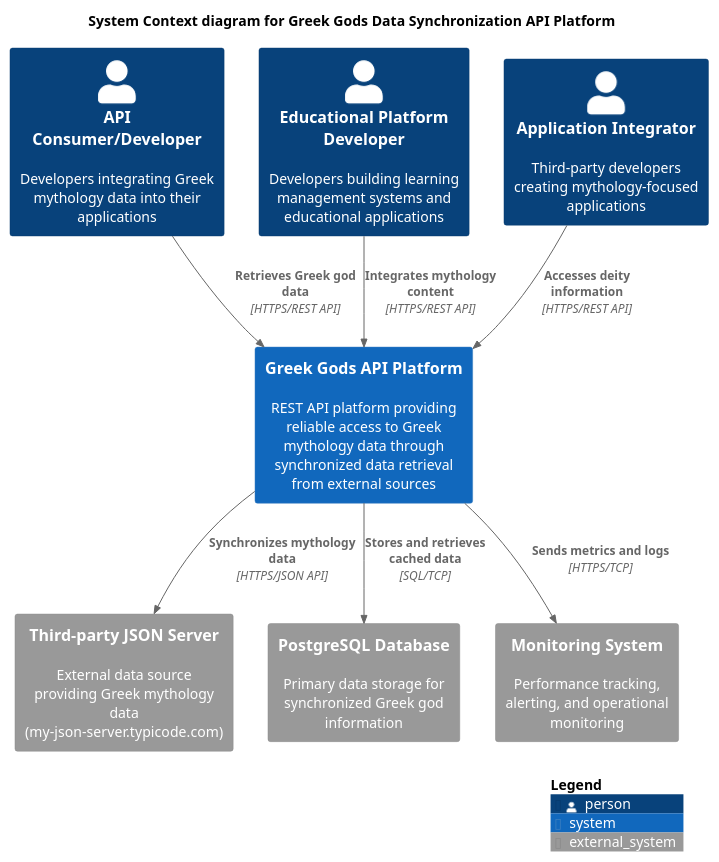
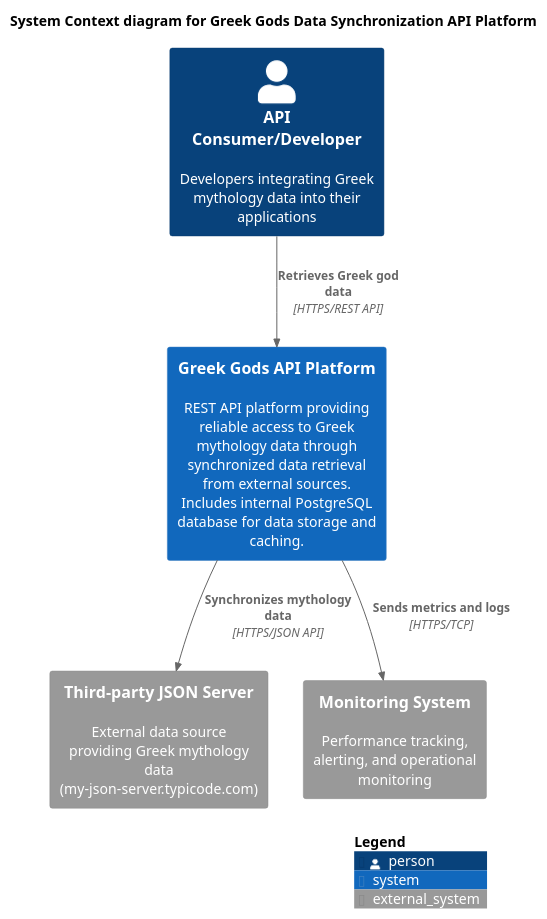
Before and after one commit to jabrena/cursor-rules-agile: the diagram in example/design/c4/C4_GreekGodsAPI_Context.puml, drawn with PlantUML. The commit also changed 19 other files, not shown here.

```diff
--- a/example/design/c4/C4_GreekGodsAPI_Context.puml
+++ b/example/design/c4/C4_GreekGodsAPI_Context.puml
@@ -1,29 +1,23 @@
 @startuml Greek Gods API Platform - System Context
 !include https://raw.githubusercontent.com/plantuml-stdlib/C4-PlantUML/master/C4_Context.puml
 
 title System Context diagram for Greek Gods Data Synchronization API Platform
 
 ' External Actors/Users
 Person(apiConsumer, "API Consumer/Developer", "Developers integrating Greek mythology data into their applications")
-Person(eduDeveloper, "Educational Platform Developer", "Developers building learning management systems and educational applications")
-Person(appIntegrator, "Application Integrator", "Third-party developers creating mythology-focused applications")
 
-' The Main System
-System(greekGodsAPI, "Greek Gods API Platform", "REST API platform providing reliable access to Greek mythology data through synchronized data retrieval from external sources")
+' The Main System (now includes PostgreSQL as internal component)
+System(greekGodsAPI, "Greek Gods API Platform", "REST API platform providing reliable access to Greek mythology data through synchronized data retrieval from external sources. Includes internal PostgreSQL database for data storage and caching.")
 
 ' External Systems
 System_Ext(jsonServer, "Third-party JSON Server", "External data source providing Greek mythology data (my-json-server.typicode.com)")
-System_Ext(postgresql, "PostgreSQL Database", "Primary data storage for synchronized Greek god information")
 System_Ext(monitoringSystem, "Monitoring System", "Performance tracking, alerting, and operational monitoring")
 
 ' Relationships
 Rel(apiConsumer, greekGodsAPI, "Retrieves Greek god data", "HTTPS/REST API")
-Rel(eduDeveloper, greekGodsAPI, "Integrates mythology content", "HTTPS/REST API")
-Rel(appIntegrator, greekGodsAPI, "Accesses deity information", "HTTPS/REST API")
 
 Rel(greekGodsAPI, jsonServer, "Synchronizes mythology data", "HTTPS/JSON API")
-Rel(greekGodsAPI, postgresql, "Stores and retrieves cached data", "SQL/TCP")
 Rel(greekGodsAPI, monitoringSystem, "Sends metrics and logs", "HTTPS/TCP")
 
 SHOW_LEGEND()
 @enduml 
```
